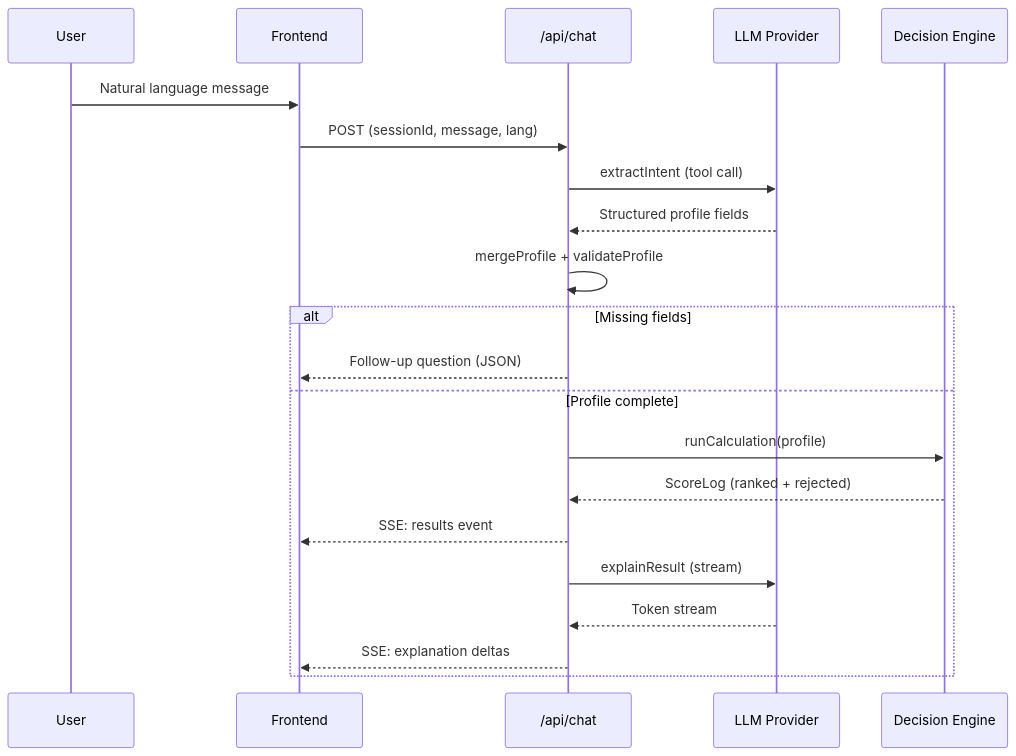
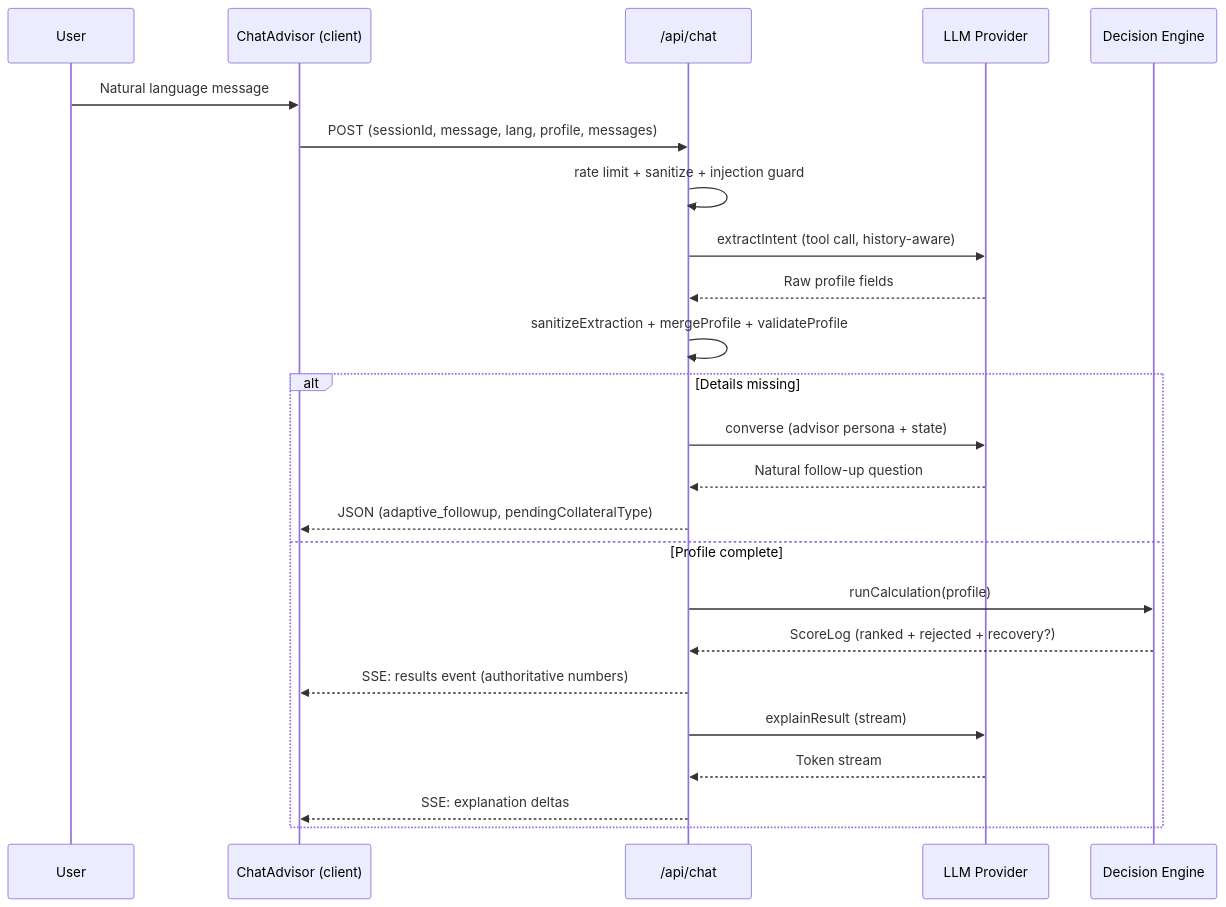
Before and after one commit to alibaba-hackathon-fsi/frontend-vaya: the second of 2 diagrams in README.md, drawn with Mermaid. The commit also changed other lines of this file, not shown here.

````diff
--- a/README.md
+++ b/README.md
@@ -109,24 +127,27 @@
 ```mermaid
 sequenceDiagram
     participant U as User
-    participant FE as Frontend
+    participant FE as ChatAdvisor (client)
     participant API as /api/chat
     participant LLM as LLM Provider
     participant DE as Decision Engine
 
     U->>FE: Natural language message
-    FE->>API: POST (sessionId, message, lang)
-    API->>LLM: extractIntent (tool call)
-    LLM-->>API: Structured profile fields
-    API->>API: mergeProfile + validateProfile
-    alt Missing fields
-        API-->>FE: Follow-up question (JSON)
+    FE->>API: POST (sessionId, message, lang, profile, messages)
+    API->>API: rate limit + sanitize + injection guard
+    API->>LLM: extractIntent (tool call, history-aware)
+    LLM-->>API: Raw profile fields
+    API->>API: sanitizeExtraction + mergeProfile + validateProfile
+    alt Details missing
+        API->>LLM: converse (advisor persona + state)
+        LLM-->>API: Natural follow-up question
+        API-->>FE: JSON (adaptive_followup, pendingCollateralType)
     else Profile complete
         API->>DE: runCalculation(profile)
-        DE-->>API: ScoreLog (ranked + rejected)
-        API-->>FE: SSE: results event
+        DE-->>API: ScoreLog (ranked + rejected + recovery?)
+        API-->>FE: SSE: results event (authoritative numbers)
         API->>LLM: explainResult (stream)
         LLM-->>API: Token stream
         API-->>FE: SSE: explanation deltas
     end
 ```
````
